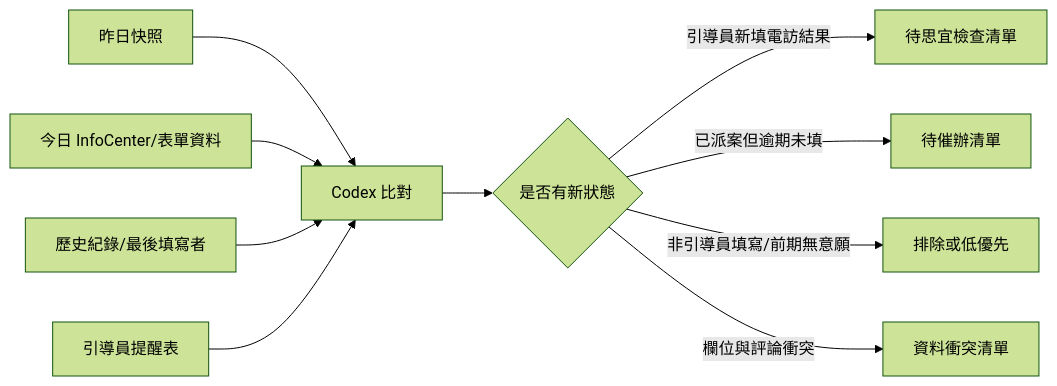
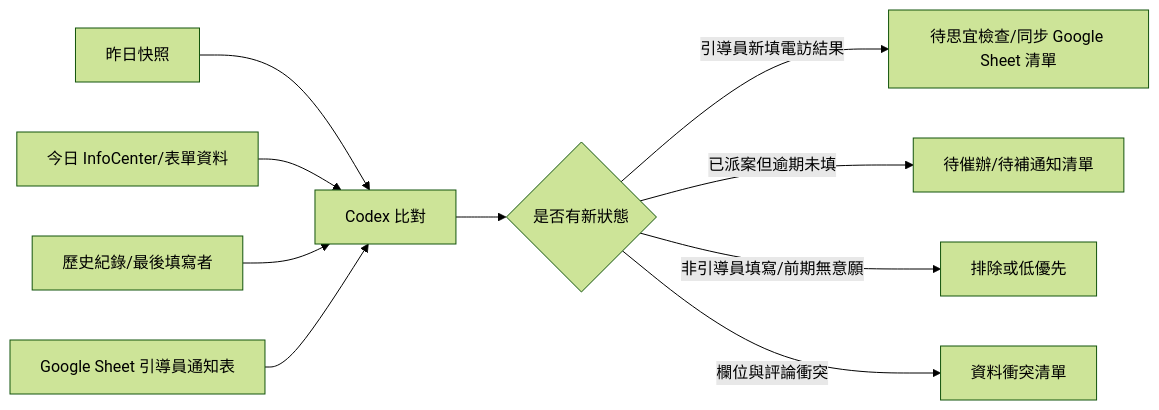
The second of 3 diagrams in siyi-requirements-analysis.md (Kevin-Yeh-egroup/siyi-infocenter-codex-workflow-report), drawn with Mermaid (forest theme) before and after one commit. The commit also changed other lines of this file and 1 other file, not shown here.

Commit message:
Clarify Google Sheet role in guide calls

````diff
--- a/siyi-requirements-analysis.md
+++ b/siyi-requirements-analysis.md
@@ -129,12 +131,12 @@
 ```mermaid
 flowchart LR
   A["昨日快照"] --> C["Codex 比對"]
   B["今日 InfoCenter/表單資料"] --> C
   D["歷史紀錄/最後填寫者"] --> C
-  E["引導員提醒表"] --> C
+  E["Google Sheet 引導員通知表"] --> C
   C --> F{"是否有新狀態"}
-  F -- "引導員新填電訪結果" --> G["待思宜檢查清單"]
-  F -- "已派案但逾期未填" --> H["待催辦清單"]
+  F -- "引導員新填電訪結果" --> G["待思宜檢查/同步 Google Sheet 清單"]
+  F -- "已派案但逾期未填" --> H["待催辦/待補通知清單"]
   F -- "非引導員填寫/前期無意願" --> I["排除或低優先"]
   F -- "欄位與評論衝突" --> J["資料衝突清單"]
 ```
````
